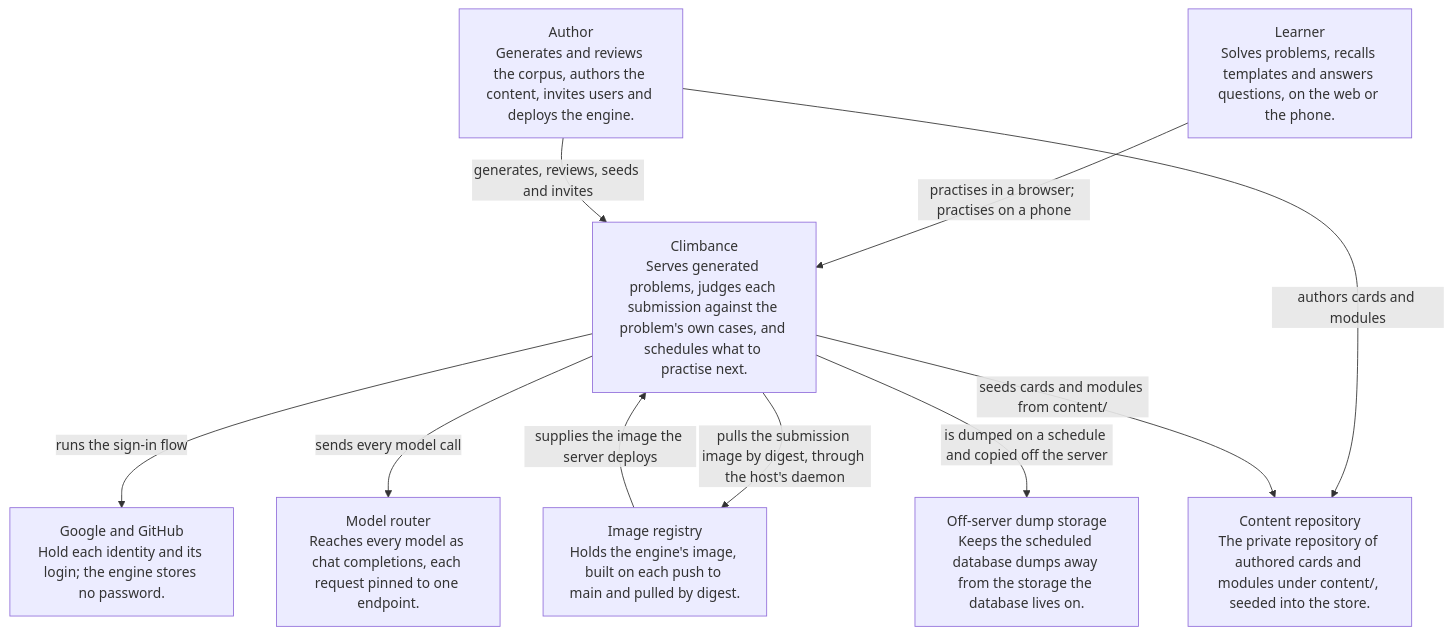
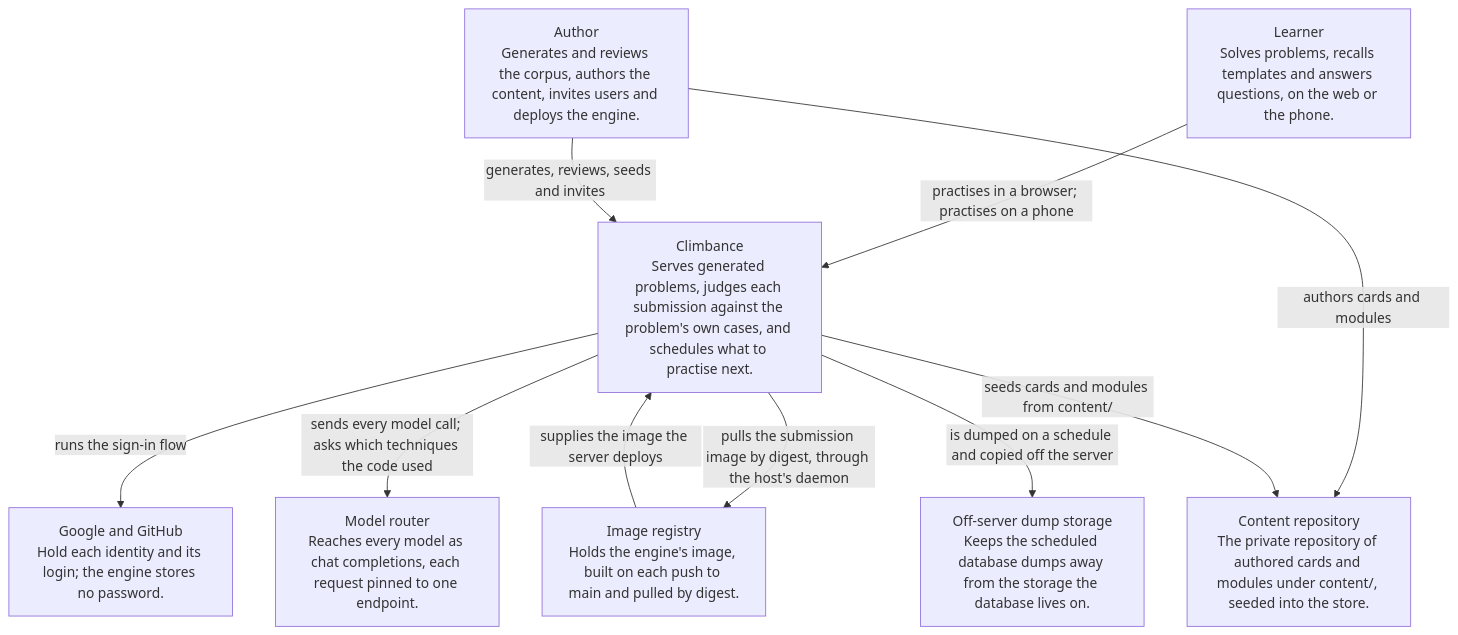
Before and after one commit to climbance/climbance: the first of 4 diagrams in docs/architecture/README.md, drawn with Mermaid. The commit also changed other lines of this file and 1 other file, not shown here.

First line of the commit message:
docs(architecture): model the knowledge side

````diff
--- a/docs/architecture/README.md
+++ b/docs/architecture/README.md
@@ -12,20 +12,20 @@
 ```mermaid
 flowchart TB
     engine["Climbance<br/>Serves generated problems, judges each submission against the problem's own cases, and schedules what to practise next."]
     learner["Learner<br/>Solves problems, recalls templates and answers questions, on the web or the phone."]
     author["Author<br/>Generates and reviews the corpus, authors the content, invites users and deploys the engine."]
     identity_providers["Google and GitHub<br/>Hold each identity and its login; the engine stores no password."]
     model_router["Model router<br/>Reaches every model as chat completions, each request pinned to one endpoint."]
     content_repo["Content repository<br/>The private repository of authored cards and modules under content/, seeded into the store."]
     image_registry["Image registry<br/>Holds the engine's image, built on each push to main and pulled by digest."]
     offsite_dumps["Off-server dump storage<br/>Keeps the scheduled database dumps away from the storage the database lives on."]
     learner -->|"practises in a browser; practises on a phone"| engine
     author -->|"generates, reviews, seeds and invites"| engine
     author -->|"authors cards and modules"| content_repo
     engine -->|"runs the sign-in flow"| identity_providers
     engine -->|"pulls the submission image by digest, through the host's daemon"| image_registry
-    engine -->|"sends every model call"| model_router
+    engine -->|"sends every model call; asks which techniques the code used"| model_router
     engine -->|"seeds cards and modules from content/"| content_repo
     image_registry -->|"supplies the image the server deploys"| engine
     engine -->|"is dumped on a schedule and copied off the server"| offsite_dumps
 ```
````
